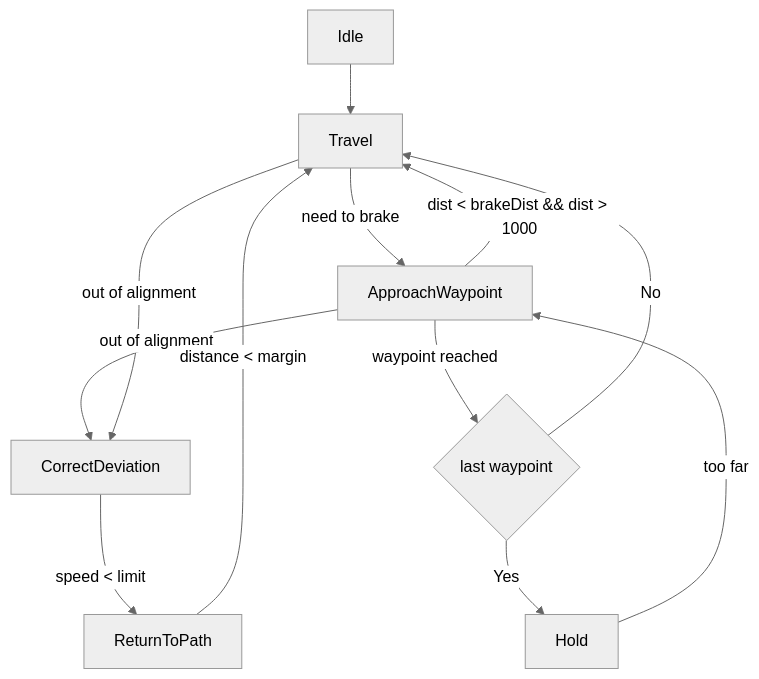
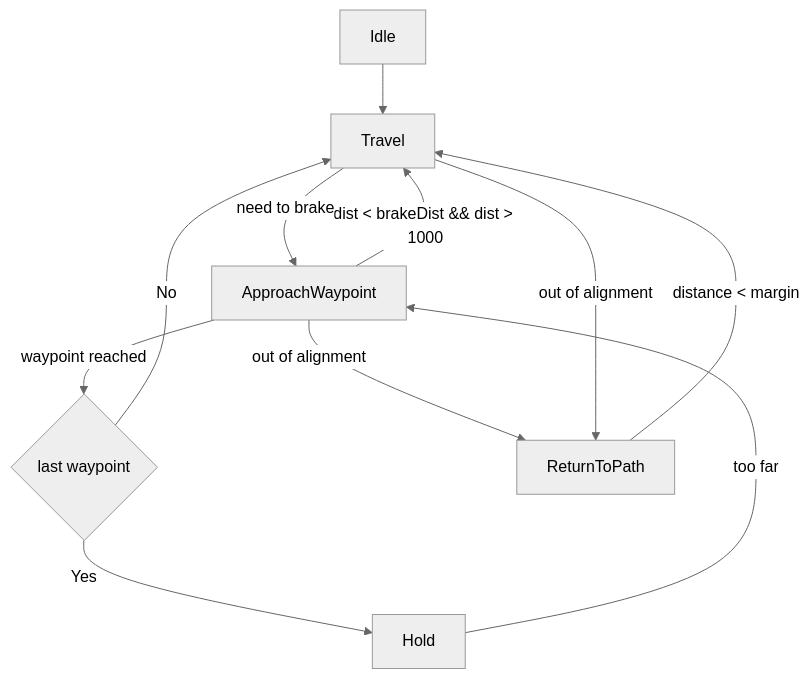
One commit to PerMalmberg/du-yfs changed the diagram in README.md. Above: the diagram before and after it, drawn with Mermaid (neutral theme). The commit also changed other lines of this file and 3 other files, not shown here.

````diff
--- a/README.md
+++ b/README.md
@@ -64,16 +66,14 @@
 ```mermaid
 flowchart TD
   Idle-->Travel
   ApprochingLast{last waypoint}
-  ApproachWaypoint -- out of alignment --> CorrectDeviation
+  ApproachWaypoint -- out of alignment --> ReturnToPath
   ApproachWaypoint -- dist < brakeDist && dist > 1000 --> Travel
   ApproachWaypoint -- waypoint reached --> ApprochingLast
   ApprochingLast -- Yes --> Hold
   ApprochingLast -- No --> Travel
-  CorrectDeviation -- speed < limit --> ReturnToPath
   ReturnToPath -- distance < margin --> Travel
   Travel -- need to brake -->ApproachWaypoint
-  Travel -- out of alignment --> CorrectDeviation
+  Travel -- out of alignment --> ReturnToPath
   Hold -- too far --> ApproachWaypoint
- 
-```
+ ```
````
